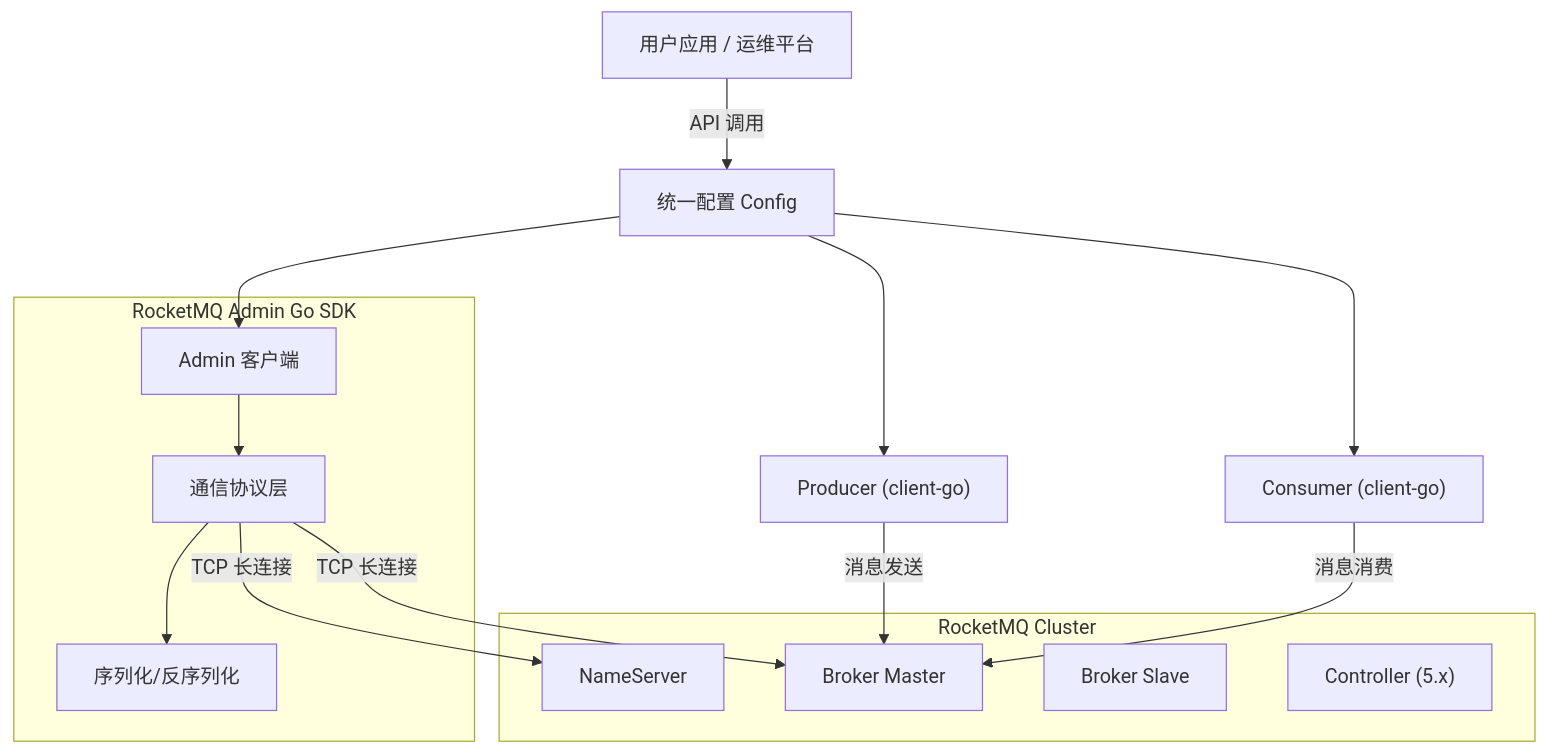
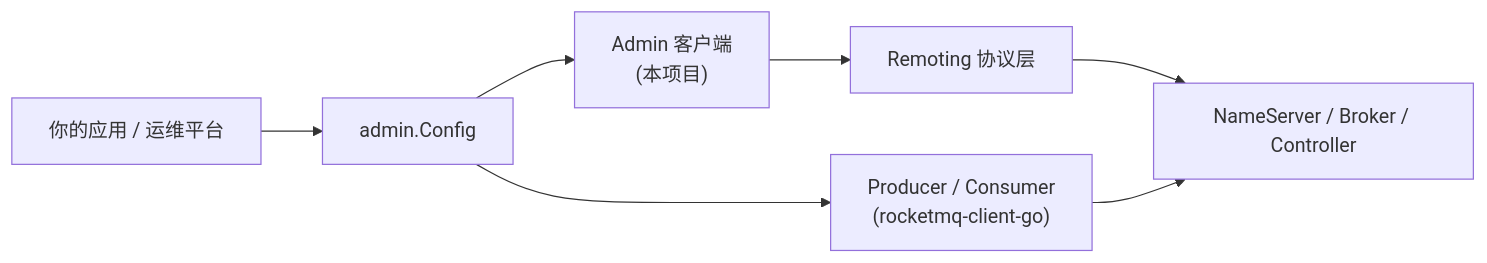
The diagram in README.md (amigoer/rocketmq-admin-go), drawn with Mermaid before and after one commit. The commit also changed other lines of this file, not shown here.

````diff
--- a/README.md
+++ b/README.md
@@ -384,29 +26,9 @@
 ```mermaid
-graph TD
-    User["用户应用 / 运维平台"] -->|"API 调用"| Config["统一配置 Config"]
-    
-    Config --> AdminClient["Admin 客户端"]
-    Config --> Producer["Producer (client-go)"]
-    Config --> Consumer["Consumer (client-go)"]
-    
-    subgraph SDK ["RocketMQ Admin Go SDK"]
-        AdminClient
-        Remoting["通信协议层"]
-        Codec["序列化/反序列化"]
-    end
-
-    AdminClient --> Remoting
-    Remoting --> Codec
-    
-    subgraph Cluster ["RocketMQ Cluster"]
-        NS["NameServer"]
-        BrokerMaster["Broker Master"]
-        BrokerSlave["Broker Slave"]
-        Controller["Controller (5.x)"]
-    end
-
-    Remoting -->|"TCP 长连接"| NS
-    Remoting -->|"TCP 长连接"| BrokerMaster
-    Producer -->|"消息发送"| BrokerMaster
-    Consumer -->|"消息消费"| BrokerMaster
+graph LR
+    App["你的应用 / 运维平台"] --> Config["admin.Config"]
+    Config --> Admin["Admin 客户端<br/>(本项目)"]
+    Config --> PC["Producer / Consumer<br/>(rocketmq-client-go)"]
+    Admin --> Remoting["Remoting 协议层"]
+    Remoting --> Cluster["NameServer / Broker / Controller"]
+    PC --> Cluster
 ```
````
